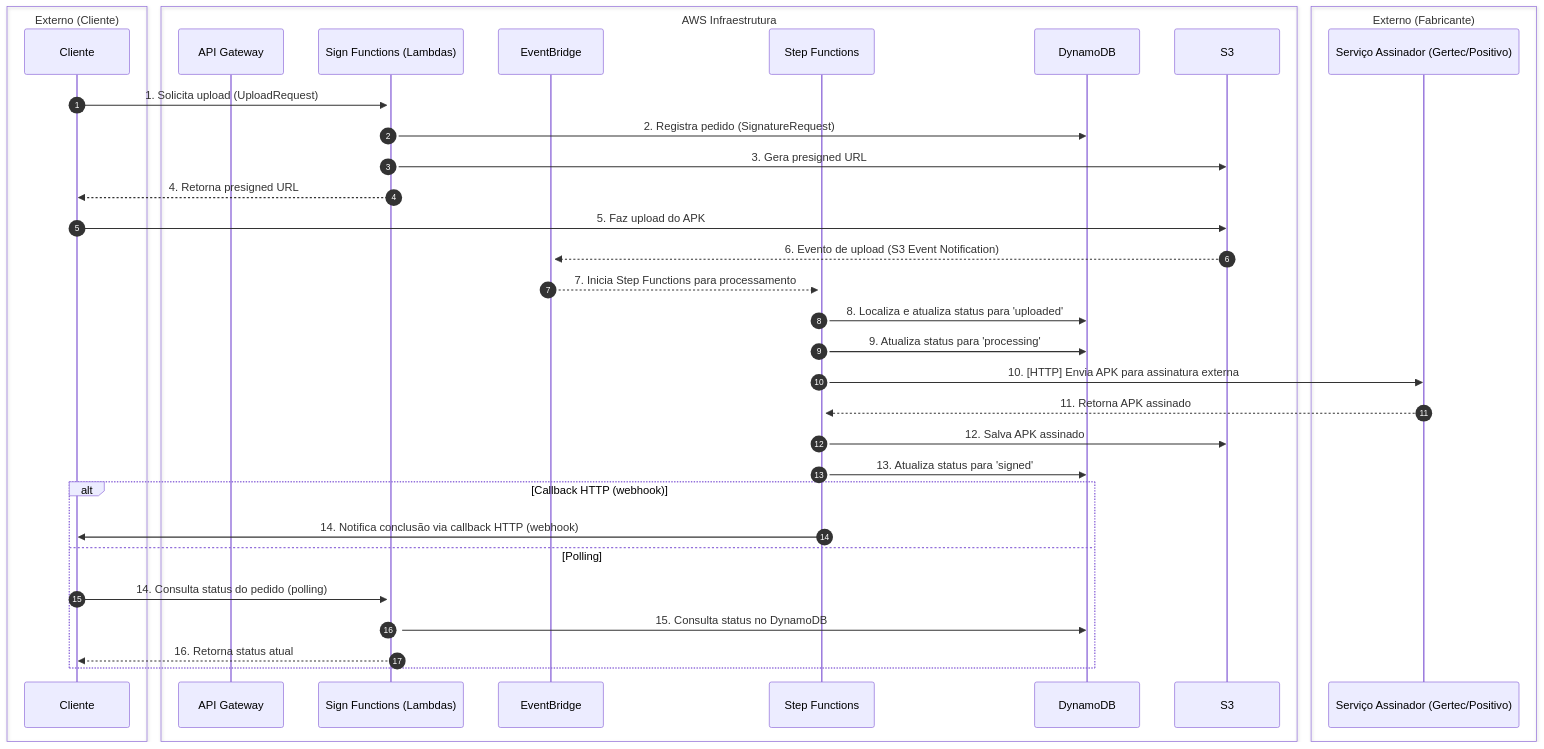
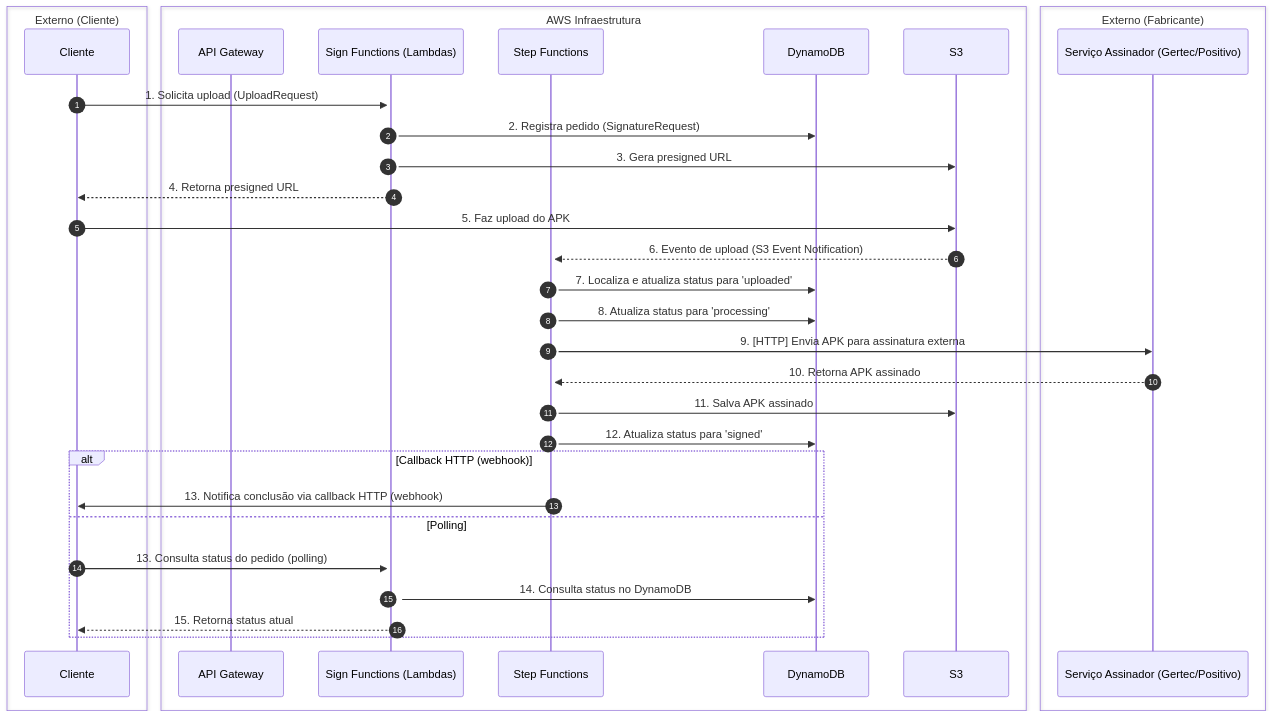
Before and after one commit to brunojet/go-signserver-producer: the diagram in docs/diagrama_sequencia_assinatura.md, drawn with Mermaid. The commit also changed other lines of this file, not shown here.

````diff
--- a/docs/diagrama_sequencia_assinatura.md
+++ b/docs/diagrama_sequencia_assinatura.md
@@ -3,39 +3,37 @@
 ```mermaid
 sequenceDiagram
     autonumber
     box Externo (Cliente)
         participant Cliente
     end
     box AWS Infraestrutura
         participant APIGW as API Gateway
         participant SignFuncs as Sign Functions (Lambdas)
-        participant EventBridge as EventBridge
         participant StepFn as Step Functions
         participant Dynamo as DynamoDB
         participant S3 as S3
     end
     box Externo (Fabricante)
         participant Assinador as Serviço Assinador (Gertec/Positivo)
     end
 
     Cliente->>+SignFuncs: 1. Solicita upload (UploadRequest)
     SignFuncs->>Dynamo: 2. Registra pedido (SignatureRequest)
     SignFuncs->>S3: 3. Gera presigned URL
     SignFuncs-->>Cliente: 4. Retorna presigned URL
     Cliente->>S3: 5. Faz upload do APK
-    S3-->>+EventBridge: 6. Evento de upload (S3 Event Notification)
-    EventBridge-->>+StepFn: 7. Inicia Step Functions para processamento
-    StepFn->>Dynamo: 8. Localiza e atualiza status para 'uploaded'
-    StepFn->>Dynamo: 9. Atualiza status para 'processing'
-    StepFn->>Assinador: 10. [HTTP] Envia APK para assinatura externa
-    Assinador-->>StepFn: 11. Retorna APK assinado
-    StepFn->>S3: 12. Salva APK assinado
-    StepFn->>Dynamo: 13. Atualiza status para 'signed'
+    S3-->>+StepFn: 6. Evento de upload (S3 Event Notification)
+    StepFn->>Dynamo: 7. Localiza e atualiza status para 'uploaded'
+    StepFn->>Dynamo: 8. Atualiza status para 'processing'
+    StepFn->>Assinador: 9. [HTTP] Envia APK para assinatura externa
+    Assinador-->>StepFn: 10. Retorna APK assinado
+    StepFn->>S3: 11. Salva APK assinado
+    StepFn->>Dynamo: 12. Atualiza status para 'signed'
     alt Callback HTTP (webhook)
-        StepFn->>Cliente: 14. Notifica conclusão via callback HTTP (webhook)
+        StepFn->>Cliente: 13. Notifica conclusão via callback HTTP (webhook)
     else Polling
-        Cliente->>+SignFuncs: 14. Consulta status do pedido (polling)
-        SignFuncs->>Dynamo: 15. Consulta status no DynamoDB
-        SignFuncs-->>Cliente: 16. Retorna status atual
+        Cliente->>+SignFuncs: 13. Consulta status do pedido (polling)
+        SignFuncs->>Dynamo: 14. Consulta status no DynamoDB
+        SignFuncs-->>Cliente: 15. Retorna status atual
     end
 ```
````
